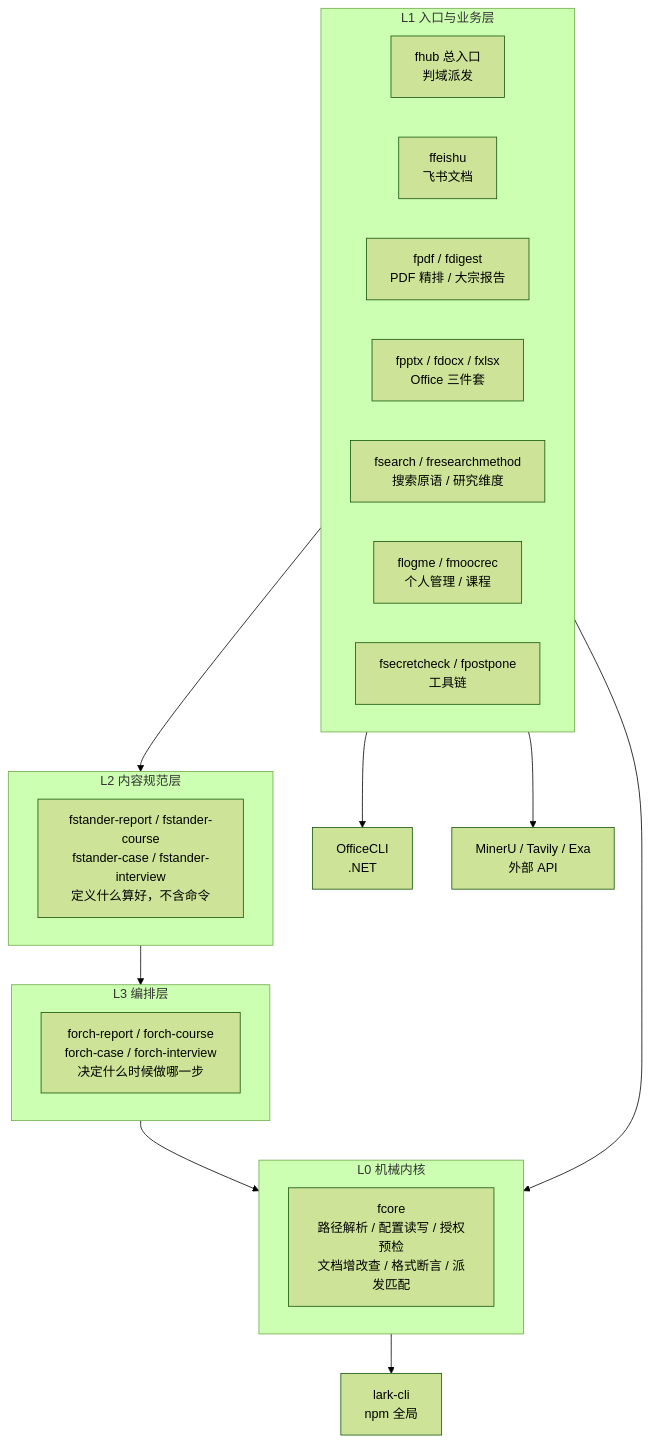
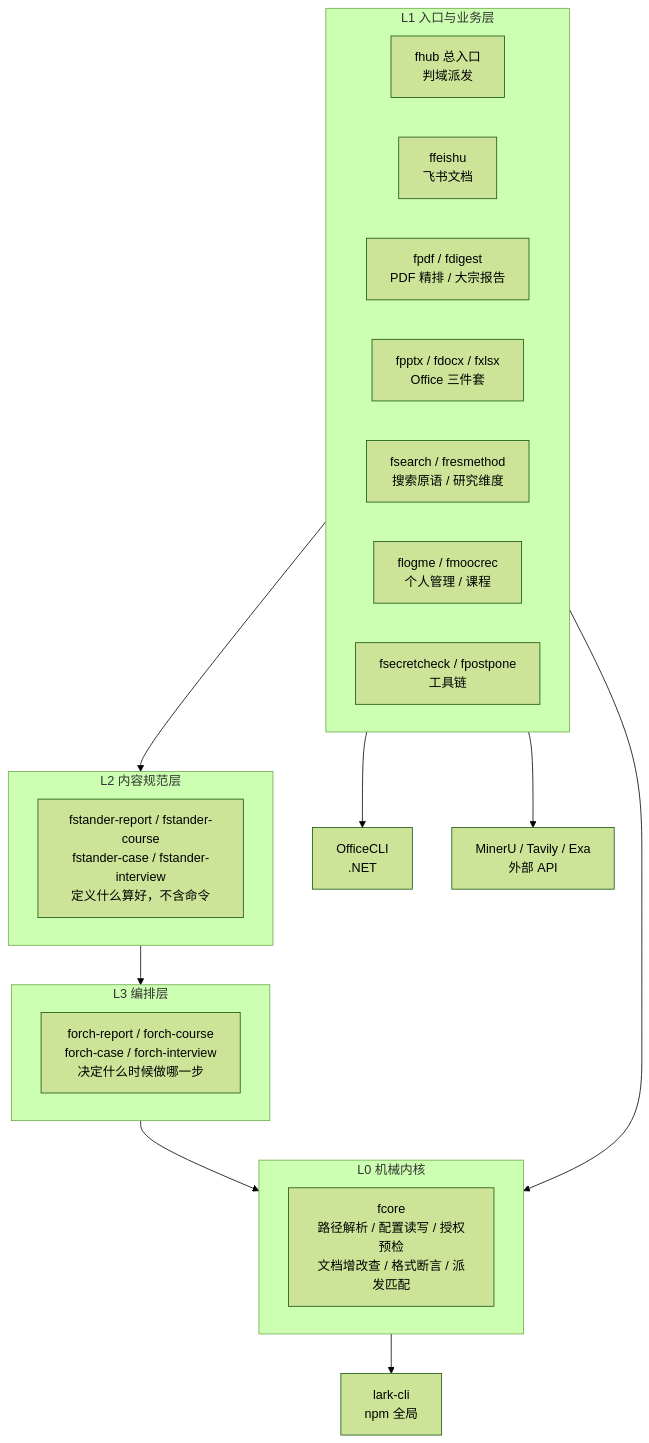
Before and after one commit to mengfanchun2017/skill: the first of 3 diagrams in README.md, drawn with Mermaid (forest theme). The commit also changed other lines of this file and 31 other files, not shown here.

````diff
--- a/README.md
+++ b/README.md
@@ -42,37 +42,37 @@
 ```mermaid
 flowchart TB
     subgraph L1["L1 入口与业务层"]
         direction LR
         fhub["fhub 总入口<br/>判域派发"]
         feishu["ffeishu<br/>飞书文档"]
         pdf["fpdf / fdigest<br/>PDF 精排 / 大宗报告"]
         office["fpptx / fdocx / fxlsx<br/>Office 三件套"]
-        research["fsearch / fresearchmethod<br/>搜索原语 / 研究维度"]
+        research["fsearch / fresmethod<br/>搜索原语 / 研究维度"]
         personal["flogme / fmoocrec<br/>个人管理 / 课程"]
         tool["fsecretcheck / fpostpone<br/>工具链"]
     end
 
     subgraph L2["L2 内容规范层"]
         fstander["fstander-report / fstander-course<br/>fstander-case / fstander-interview<br/>定义什么算好，不含命令"]
     end
 
     subgraph L3["L3 编排层"]
         forch["forch-report / forch-course<br/>forch-case / forch-interview<br/>决定什么时候做哪一步"]
     end
 
     subgraph L0["L0 机械内核"]
         fcore["fcore<br/>路径解析 / 配置读写 / 授权预检<br/>文档增改查 / 格式断言 / 派发匹配"]
     end
 
     L1 --> L2
     L2 --> L3
     L3 --> L0
     L1 --> L0
 
     ext1["lark-cli<br/>npm 全局"]
     ext2["OfficeCLI<br/>.NET"]
     ext3["MinerU / Tavily / Exa<br/>外部 API"]
     L0 --> ext1
     L1 --> ext2
     L1 --> ext3
 ```
````
